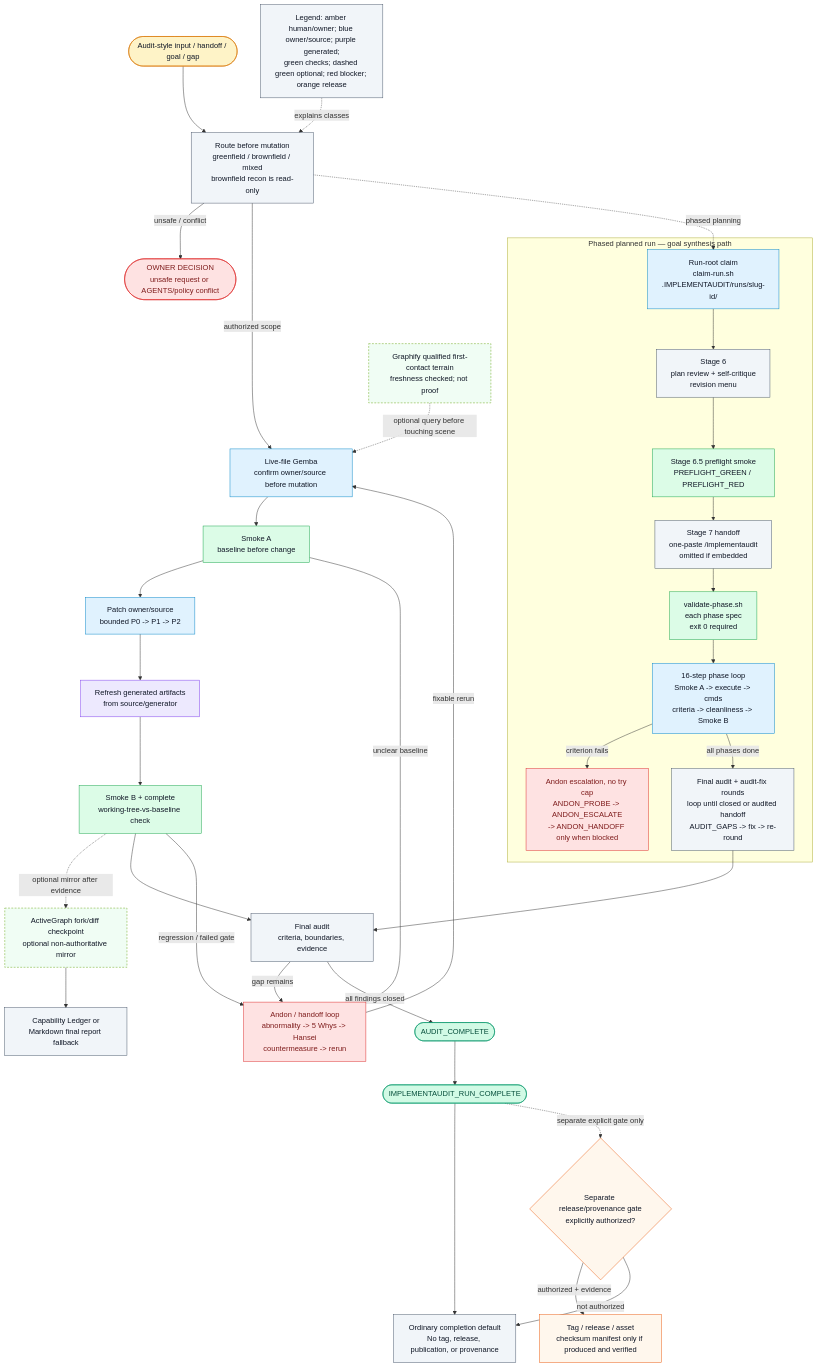
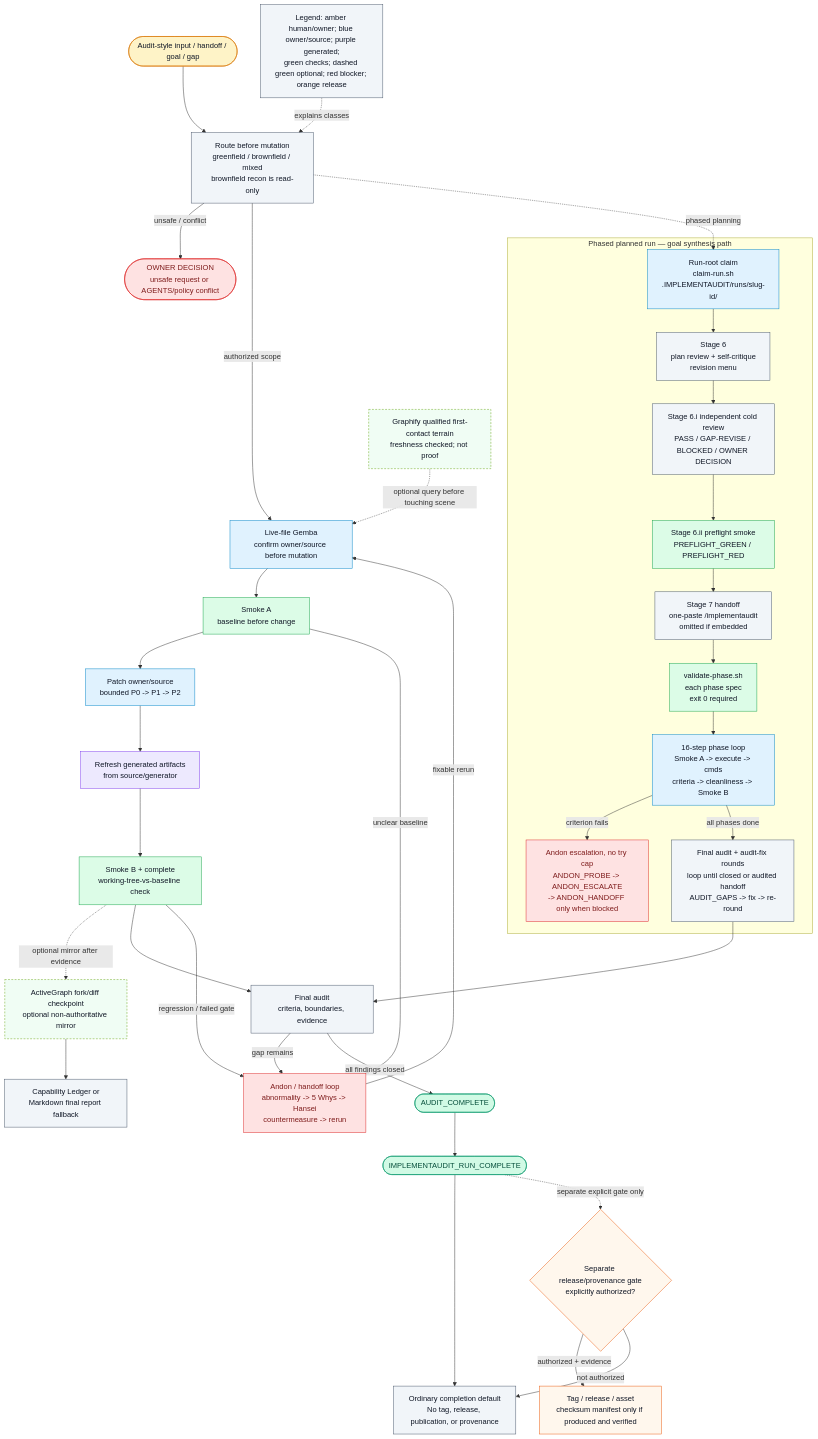
Before and after one commit to theislampill/IMPLEMENTAUDIT.md: the diagram in docs/diagrams/execution-spine.mmd, drawn with Mermaid. The commit also changed 27 other files, not shown here.

```diff
--- a/docs/diagrams/execution-spine.mmd
+++ b/docs/diagrams/execution-spine.mmd
@@ -1,66 +1,67 @@
 flowchart TD
   Input(["Audit-style input / handoff / goal / gap"]):::human
   Route["Route before mutation<br/>greenfield / brownfield / mixed<br/>brownfield recon is read-only"]:::audit
   OwnerDecision(["OWNER DECISION<br/>unsafe request or AGENTS/policy conflict"]):::blocker
 
   Graphify["Graphify qualified first-contact terrain<br/>freshness checked; not proof"]:::optional
   Gemba["Live-file Gemba<br/>confirm owner/source before mutation"]:::source
   SmokeA["Smoke A<br/>baseline before change"]:::checker
   Patch["Patch owner/source<br/>bounded P0 -> P1 -> P2"]:::source
   Generated["Refresh generated artifacts<br/>from source/generator"]:::generated
   SmokeB["Smoke B + complete<br/>working-tree-vs-baseline check"]:::checker
 
   ActiveGraph["ActiveGraph fork/diff checkpoint<br/>optional non-authoritative mirror"]:::optional
   Ledger["Capability Ledger or<br/>Markdown final report fallback"]:::audit
 
   Andon["Andon / handoff loop<br/>abnormality -> 5 Whys -> Hansei<br/>countermeasure -> rerun"]:::blocker
   Final["Final audit<br/>criteria, boundaries, evidence"]:::audit
   AuditDone(["AUDIT_COMPLETE"]):::success
   RunDone(["IMPLEMENTAUDIT_RUN_COMPLETE"]):::success
   NoRelease["Ordinary completion default<br/>No tag, release, publication, or provenance"]:::audit
   ReleaseGate{"Separate release/provenance gate<br/>explicitly authorized?"}:::release
   Release["Tag / release / asset<br/>checksum manifest only if produced and verified"]:::release
   Legend["Legend: amber human/owner; blue owner/source; purple generated;<br/>green checks; dashed green optional; red blocker; orange release"]:::audit
 
   subgraph PhasedRun["Phased planned run — goal synthesis path"]
     RunRoot["Run-root claim<br/>claim-run.sh<br/>.IMPLEMENTAUDIT/runs/slug-id/"]:::source
     Stage6["Stage 6<br/>plan review + self-critique<br/>revision menu"]:::audit
-    Stage65["Stage 6.5 preflight smoke<br/>PREFLIGHT_GREEN / PREFLIGHT_RED"]:::checker
+    Stage6i["Stage 6.i independent cold review<br/>PASS / GAP-REVISE / BLOCKED / OWNER DECISION"]:::audit
+    Stage6ii["Stage 6.ii preflight smoke<br/>PREFLIGHT_GREEN / PREFLIGHT_RED"]:::checker
     Stage7["Stage 7 handoff<br/>one-paste /implementaudit<br/>omitted if embedded"]:::audit
     PhaseSpec["validate-phase.sh<br/>each phase spec<br/>exit 0 required"]:::checker
     PhaseLoop["16-step phase loop<br/>Smoke A -> execute -> cmds<br/>criteria -> cleanliness -> Smoke B"]:::source
     Recovery["Andon escalation, no try cap<br/>ANDON_PROBE -> ANDON_ESCALATE<br/>-> ANDON_HANDOFF only when blocked"]:::blocker
     AuditFix["Final audit + audit-fix rounds<br/>loop until closed or audited handoff<br/>AUDIT_GAPS -> fix -> re-round"]:::audit
-    RunRoot --> Stage6 --> Stage65 --> Stage7 --> PhaseSpec --> PhaseLoop
+    RunRoot --> Stage6 --> Stage6i --> Stage6ii --> Stage7 --> PhaseSpec --> PhaseLoop
     PhaseLoop -->|criterion fails| Recovery
     PhaseLoop -->|all phases done| AuditFix
   end
 
   Input --> Route
   Route -->|unsafe / conflict| OwnerDecision
   Route -->|authorized scope| Gemba
   Route -. phased planning .-> RunRoot
   AuditFix --> Final
   Graphify -. optional query before touching scene .-> Gemba
   Gemba --> SmokeA --> Patch --> Generated --> SmokeB
   SmokeB -. optional mirror after evidence .-> ActiveGraph --> Ledger
   SmokeB --> Final
   SmokeA -->|unclear baseline| Andon
   SmokeB -->|regression / failed gate| Andon
   Final -->|gap remains| Andon
   Andon -->|fixable rerun| Gemba
   Final -->|all findings closed| AuditDone --> RunDone --> NoRelease
   RunDone -. separate explicit gate only .-> ReleaseGate
   ReleaseGate -->|authorized + evidence| Release
   ReleaseGate -->|not authorized| NoRelease
   Legend -. explains classes .-> Route
 
   classDef human fill:#fef3c7,stroke:#d97706,color:#111827
   classDef source fill:#e0f2fe,stroke:#0284c7,color:#111827
   classDef generated fill:#ede9fe,stroke:#7c3aed,color:#111827
   classDef checker fill:#dcfce7,stroke:#16a34a,color:#111827
   classDef audit fill:#f1f5f9,stroke:#475569,color:#111827
   classDef optional fill:#f0fdf4,stroke:#65a30d,color:#111827,stroke-dasharray: 4 3
   classDef release fill:#fff7ed,stroke:#ea580c,color:#111827
   classDef success fill:#d1fae5,stroke:#059669,color:#064e3b
   classDef blocker fill:#fee2e2,stroke:#dc2626,color:#7f1d1d
```
